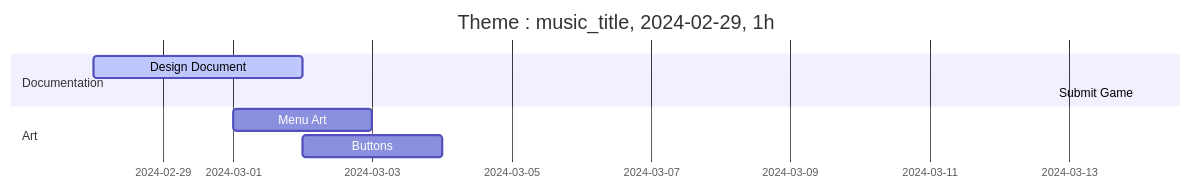
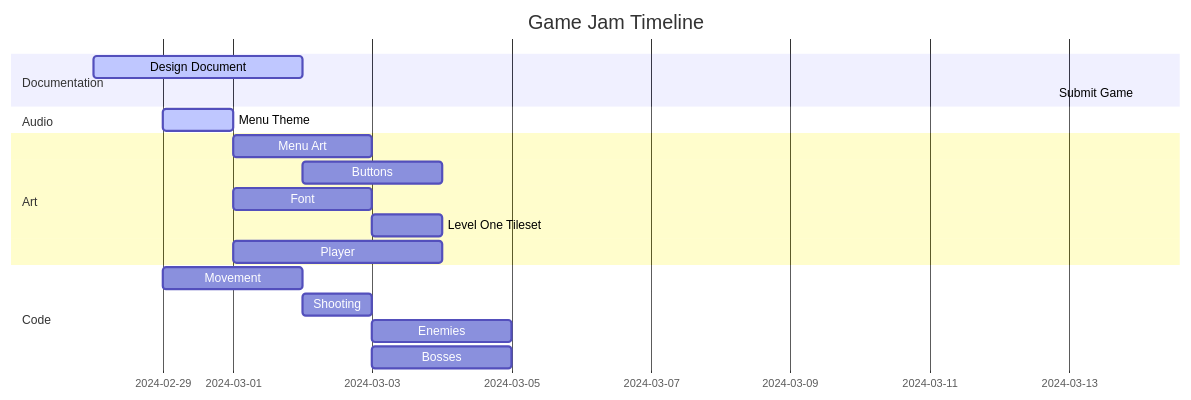
Before and after one commit to draringi/acerola-jam-zero: the diagram in docs/GDD.md, drawn with Mermaid.

Commit message:
Fix GDD Gantt chart

````diff
--- a/docs/GDD.md
+++ b/docs/GDD.md
@@ -47,19 +47,25 @@
 ```mermaid
 gantt
     dateFormat  YYYY-MM-DD
     title       Game Jam Timeline
     
     Section Documentation
     Design Document              :active,  gdd, 2024-02-28, 3d
     Submit Game                  : submit, 2024-03-14, 0d
     
     Section Audio
-    Title Theme                  : music_title, 2024-02-29, 1h
+    Menu Theme                  :active, music_title, 2024-02-29, 1d
 
     Section Art
     Menu Art                     : art_title, 2024-03-01, 2d
     Buttons                      : art_buttons, 2024-03-02, 2d
+    Font                         : art_font, 2024-03-01, 2d
+    Level One Tileset            : art_level_one, after art_font, 1d
+    Player                       : art_player, 2024-03-01, 3d
 
     Section Code
-
+    Movement                     : code_move, 2024-02-29, 2d
+    Shooting                     : code_shoot, after code_move, 1d
+    Enemies                      : code_enemy, after code_shoot, 2d
+    Bosses                       : code_boss, after code_shoot, 2d
 ```
````
